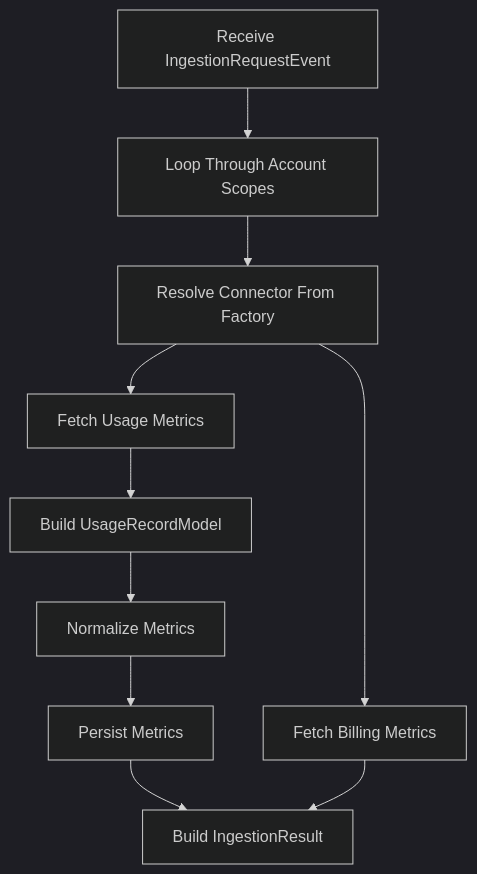
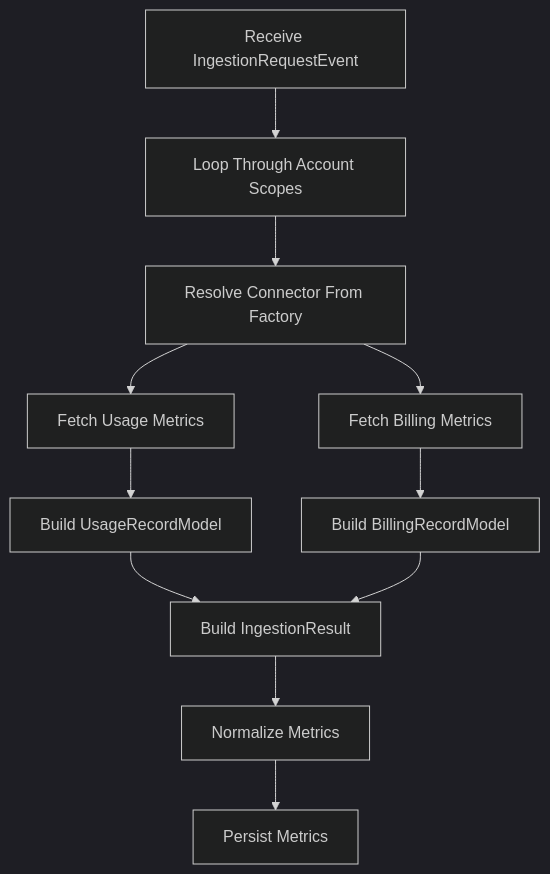
Before and after one commit to COS301-SE-2026/CloudSherpa: the second of 3 diagrams in docs/dev/IngestionService.md, drawn with Mermaid (dark theme). The commit also changed other lines of this file, not shown here.

Commit message:
Updated documentation for Ingestion Service (fixed diagram and formatting)

````diff
--- a/docs/dev/IngestionService.md
+++ b/docs/dev/IngestionService.md
@@ -209,22 +209,24 @@
 ```mermaid
 flowchart TD
 
     A[Receive IngestionRequestEvent]
         --> B[Loop Through Account Scopes]
 
     B --> C[Resolve Connector From Factory]
 
     C --> D[Fetch Usage Metrics]
 
     C --> E[Fetch Billing Metrics]
 
     D --> F[Build UsageRecordModel]
 
-    F --> G[Normalize Metrics]
+    F --> G[Build IngestionResult]
 
-    G --> H[Persist Metrics]
+    E --> H[Build BillingRecordModel]
 
-    H --> I[Build IngestionResult]
+    H --> G
+    G --> I[Normalize Metrics]
 
-    E --> I
+    I --> J[Persist Metrics]
+
 ```
````
